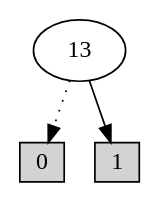
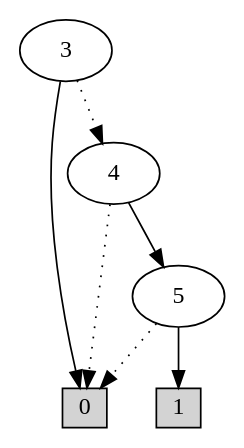
Before and after one commit to MieskeB/2IMF25: the diagram in ass6/res/circuit01/U72_opt.dot, drawn with Graphviz. The commit also changed 830 other files, not shown here.

```diff
--- a/ass6/res/circuit01/U72_opt.dot
+++ b/ass6/res/circuit01/U72_opt.dot
@@ -1,7 +1,13 @@
 digraph G {
 0 [shape=box, label="0", style=filled, shape=box, height=0.3, width=0.3];
 1 [shape=box, label="1", style=filled, shape=box, height=0.3, width=0.3];
-28 [label="13"];
-28 -> 0 [style=dotted];
-28 -> 1 [style=filled];
+303 [label="3"];
+303 -> 302 [style=dotted];
+303 -> 0 [style=filled];
+302 [label="4"];
+302 -> 0 [style=dotted];
+302 -> 12 [style=filled];
+12 [label="5"];
+12 -> 0 [style=dotted];
+12 -> 1 [style=filled];
 }
```
